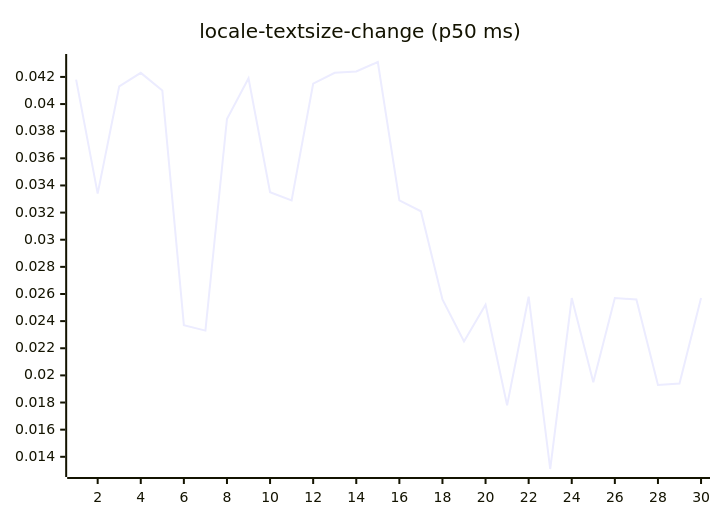
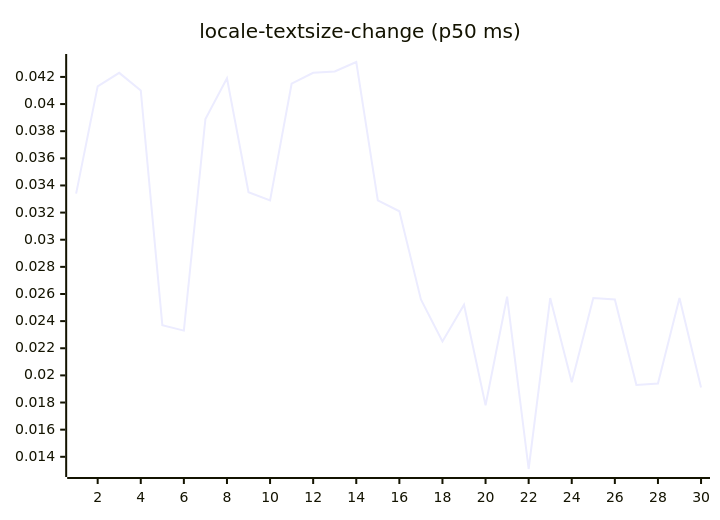
Diagram 13 of 27 in README.md (josha/Facet), drawn with Mermaid before and after one commit. The commit also changed other lines of this file and 2 other files, not shown here.

````diff
--- a/README.md
+++ b/README.md
@@ -147,6 +147,6 @@
 ```mermaid
 xychart-beta
     title "locale-textsize-change (p50 ms)"
     x-axis 1 --> 30
-    line [0.0418, 0.0334, 0.0413, 0.0423, 0.0410, 0.0237, 0.0233, 0.0389, 0.0419, 0.0335, 0.0329, 0.0415, 0.0423, 0.0424, 0.0431, 0.0329, 0.0321, 0.0256, 0.0225, 0.0252, 0.0178, 0.0258, 0.0131, 0.0257, 0.0195, 0.0257, 0.0256, 0.0193, 0.0194, 0.0257]
+    line [0.0334, 0.0413, 0.0423, 0.0410, 0.0237, 0.0233, 0.0389, 0.0419, 0.0335, 0.0329, 0.0415, 0.0423, 0.0424, 0.0431, 0.0329, 0.0321, 0.0256, 0.0225, 0.0252, 0.0178, 0.0258, 0.0131, 0.0257, 0.0195, 0.0257, 0.0256, 0.0193, 0.0194, 0.0257, 0.0191]
 ```
````
